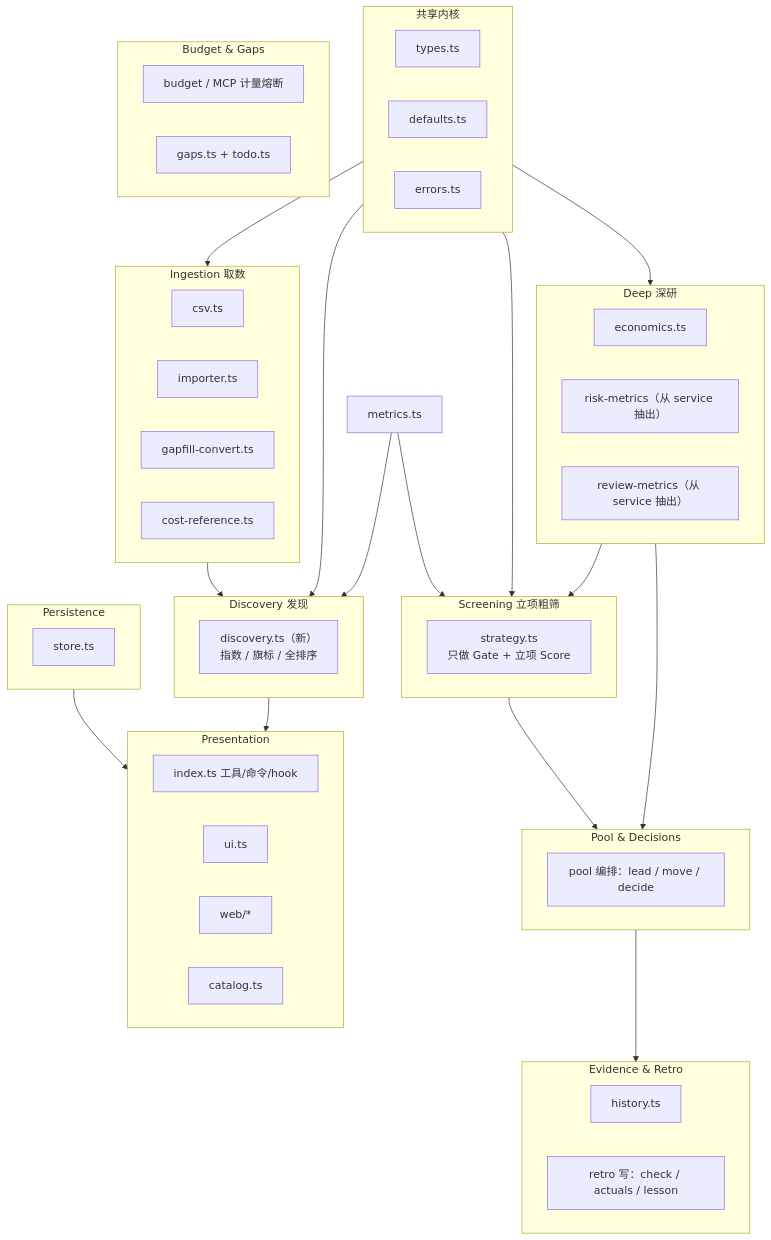
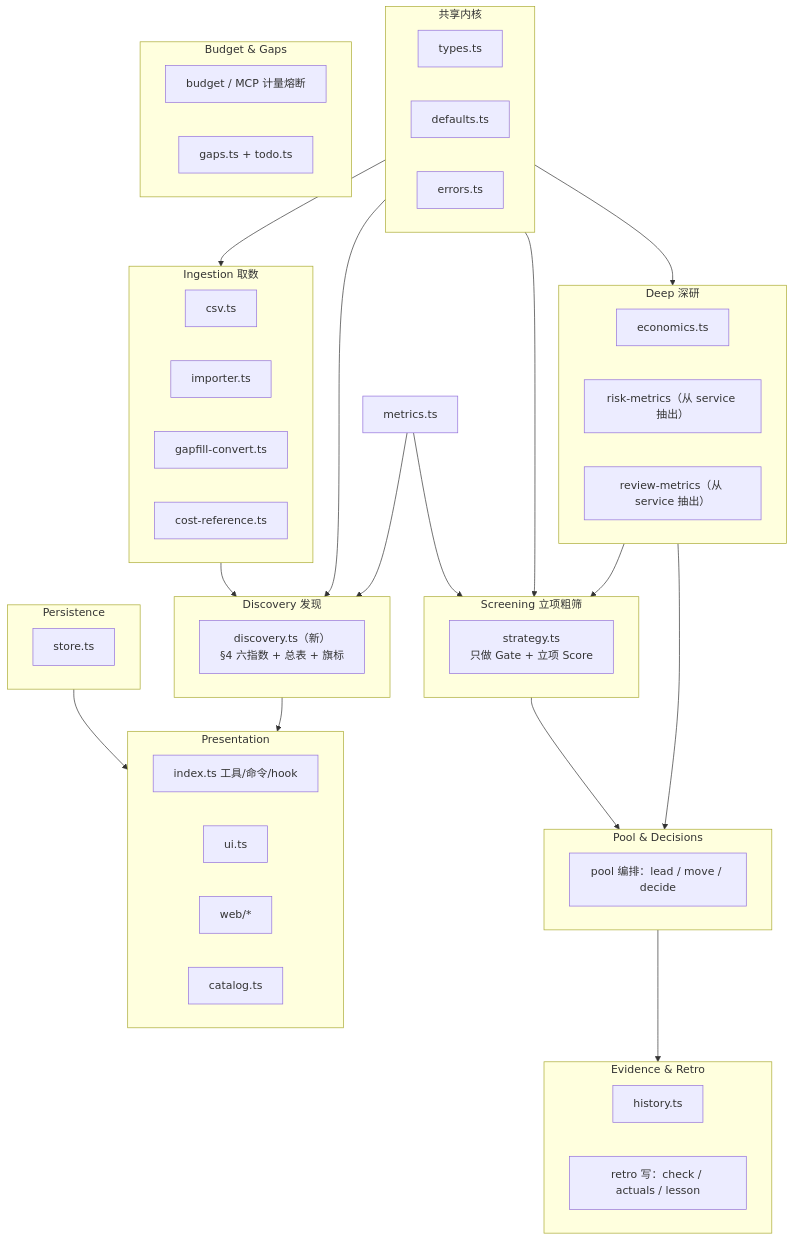
Before and after one commit to Cy4nLiang/compass-pi-extension: the third of 4 diagrams in docs/architecture-redesign.md, drawn with Mermaid. The commit also changed other lines of this file, not shown here.

````diff
--- a/docs/architecture-redesign.md
+++ b/docs/architecture-redesign.md
@@ -355,68 +361,68 @@
 ```mermaid
 flowchart TB
   subgraph kernel["共享内核"]
     types["types.ts"]
     defaults["defaults.ts"]
     errors["errors.ts"]
   end
 
   subgraph ingest["Ingestion 取数"]
     csv["csv.ts"]
     importer["importer.ts"]
     gapconv["gapfill-convert.ts"]
     costref["cost-reference.ts"]
   end
 
   subgraph discovery["Discovery 发现"]
-    disc["discovery.ts（新）\n指数 / 旗标 / 全排序"]
+    disc["discovery.ts（新）\n§4 六指数 + 总表 + 旗标"]
   end
 
   subgraph screening["Screening 立项粗筛"]
     strat["strategy.ts\n只做 Gate + 立项 Score"]
   end
 
   subgraph deep["Deep 深研"]
     econ["economics.ts"]
     riskm["risk-metrics（从 service 抽出）"]
     revm["review-metrics（从 service 抽出）"]
   end
 
   subgraph pool["Pool & Decisions"]
     poolm["pool 编排：lead / move / decide"]
   end
 
   subgraph retro["Evidence & Retro"]
     hist["history.ts"]
     retroW["retro 写：check / actuals / lesson"]
   end
 
   subgraph ops["Budget & Gaps"]
     bud["budget / MCP 计量熔断"]
     gap["gaps.ts + todo.ts"]
   end
 
   subgraph persist["Persistence"]
     store["store.ts"]
   end
 
   subgraph present["Presentation"]
     tools["index.ts 工具/命令/hook"]
     tui["ui.ts"]
     web["web/*"]
     catalog["catalog.ts"]
   end
 
   kernel --> ingest
   kernel --> discovery
   kernel --> screening
   kernel --> deep
   ingest --> discovery
   metrics["metrics.ts"] --> discovery
   metrics --> screening
   deep --> screening
   discovery --> present
   screening --> pool
   deep --> pool
   pool --> retro
   persist --> present
 ```
````
